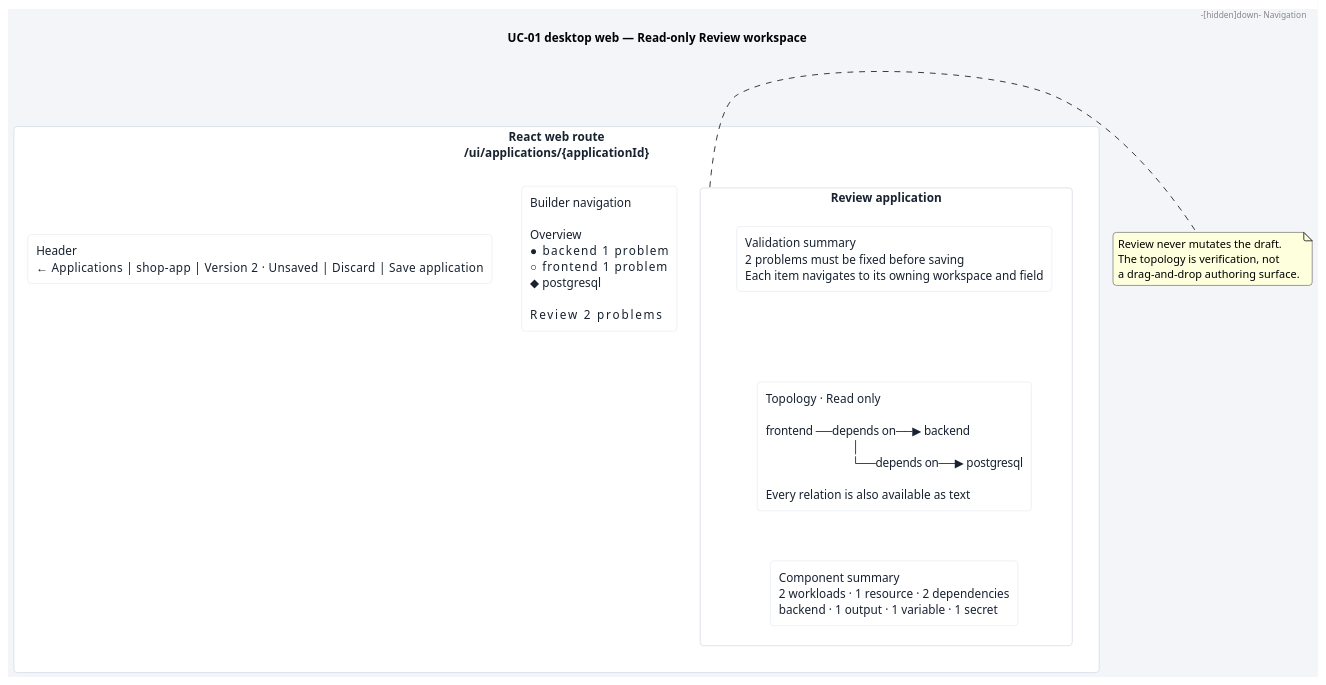
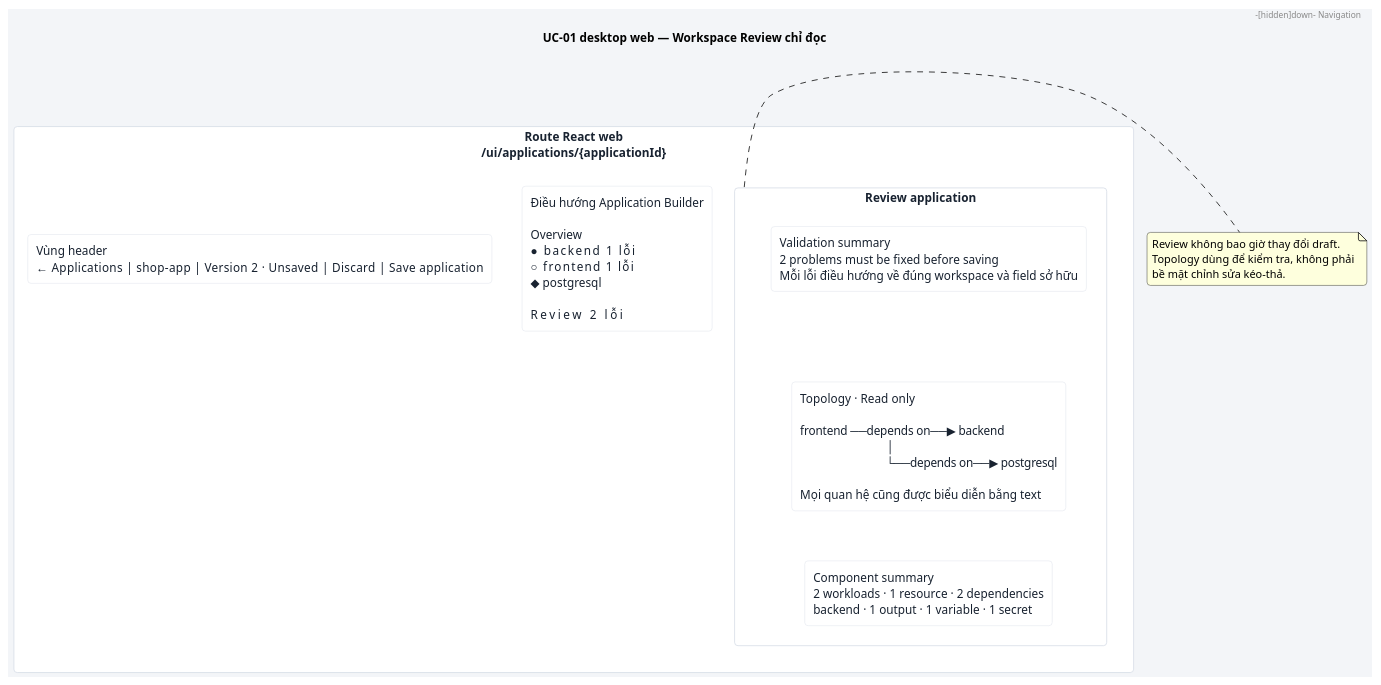
One commit to pr3s3nt/final_idp changed the diagram in docs/use-cases/UC-01/ui/review.puml. Above: the diagram before and after it, drawn with PlantUML. The commit also changed 3 other files, not shown here.

```diff
--- a/docs/use-cases/UC-01/ui/review.puml
+++ b/docs/use-cases/UC-01/ui/review.puml
@@ -1,37 +1,37 @@
 @startuml
-title UC-01 desktop web — Read-only Review workspace
+title UC-01 desktop web — Workspace Review chỉ đọc
 
 skinparam backgroundColor #F3F5F8
 skinparam shadowing false
 skinparam roundcorner 8
 skinparam rectangle {
   BackgroundColor #FFFFFF
   BorderColor #D8DEE8
   FontColor #182230
 }
 
-rectangle "React web route\n/ui/applications/{applicationId}" as Browser {
-  rectangle "Header\n← Applications  |  shop-app  |  Version 2 · Unsaved  |  Discard  |  Save application" as Header
+rectangle "Route React web\n/ui/applications/{applicationId}" as Browser {
+  rectangle "Vùng header\n← Applications  |  shop-app  |  Version 2 · Unsaved  |  Discard  |  Save application" as Header
 
-  rectangle "Builder navigation\n\nOverview\n● backend       1 problem\n○ frontend      1 problem\n◆ postgresql\n\nReview          2 problems" as Navigation
+  rectangle "Điều hướng Application Builder\n\nOverview\n● backend       1 lỗi\n○ frontend      1 lỗi\n◆ postgresql\n\nReview          2 lỗi" as Navigation
 
   rectangle "Review application" as Review {
-    rectangle "Validation summary\n2 problems must be fixed before saving\nEach item navigates to its owning workspace and field" as Validation
-    rectangle "Topology · Read only\n\nfrontend ──depends on──▶ backend\n                            │\n                            └──depends on──▶ postgresql\n\nEvery relation is also available as text" as Topology
+    rectangle "Validation summary\n2 problems must be fixed before saving\nMỗi lỗi điều hướng về đúng workspace và field sở hữu" as Validation
+    rectangle "Topology · Read only\n\nfrontend ──depends on──▶ backend\n                            │\n                            └──depends on──▶ postgresql\n\nMọi quan hệ cũng được biểu diễn bằng text" as Topology
     rectangle "Component summary\n2 workloads · 1 resource · 2 dependencies\nbackend · 1 output · 1 variable · 1 secret" as Summary
 
     Validation -[hidden]down- Topology
     Topology -[hidden]down- Summary
   }
 
   Header -[hidden]down- Navigation
   Navigation -[hidden]right- Review
 }
 
 note right of Review
-  Review never mutates the draft.
-  The topology is verification, not
-  a drag-and-drop authoring surface.
+  Review không bao giờ thay đổi draft.
+  Topology dùng để kiểm tra, không phải
+  bề mặt chỉnh sửa kéo-thả.
 end note
 
 @enduml
```
